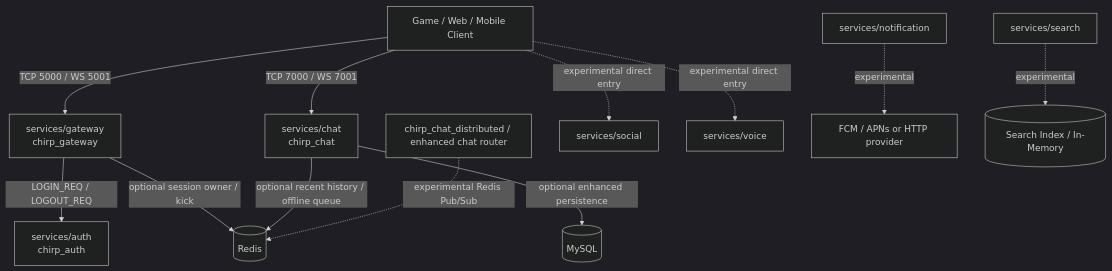
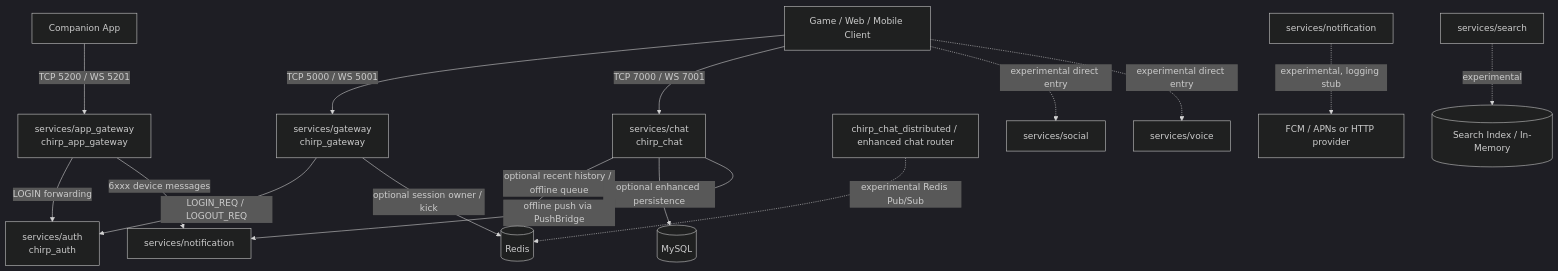
One commit to cuihairu/chirp changed the first of 4 diagrams in docs/architecture.md. Above: the diagram before and after it, drawn with Mermaid (dark theme). The commit also changed other lines of this file and 5 other files, not shown here.

First line of the commit message:
docs: app_gateway + notification push bridge status

````diff
--- a/docs/architecture.md
+++ b/docs/architecture.md
@@ -62,19 +62,24 @@
 ```mermaid
 graph TD
     Client[Game / Web / Mobile Client]
 
     Client -- TCP 5000 / WS 5001 --> Gateway[services/gateway<br/>chirp_gateway]
     Gateway -- LOGIN_REQ / LOGOUT_REQ --> Auth[services/auth<br/>chirp_auth]
     Gateway -- optional session owner / kick --> Redis[(Redis)]
 
     Client -- TCP 7000 / WS 7001 --> Chat[services/chat<br/>chirp_chat]
     Chat -- optional recent history / offline queue --> Redis
     Chat -- optional enhanced persistence --> MySQL[(MySQL)]
+    Chat -- offline push via PushBridge --> Notification2[services/notification]
+
+    App[Companion App] -- TCP 5200 / WS 5201 --> AppGateway[services/app_gateway<br/>chirp_app_gateway]
+    AppGateway -- LOGIN forwarding --> Auth
+    AppGateway -- 6xxx device messages --> Notification2
 
     ChatDist[chirp_chat_distributed / enhanced chat router] -. experimental Redis Pub/Sub .-> Redis
 
     Client -. experimental direct entry .-> Social[services/social]
     Client -. experimental direct entry .-> Voice[services/voice]
-    Notification[services/notification] -. experimental .-> ExternalPush[FCM / APNs or HTTP provider]
+    Notification[services/notification] -. experimental, logging stub .-> ExternalPush[FCM / APNs or HTTP provider]
     Search[services/search] -. experimental .-> Index[(Search Index / In-Memory)]
 ```
````
